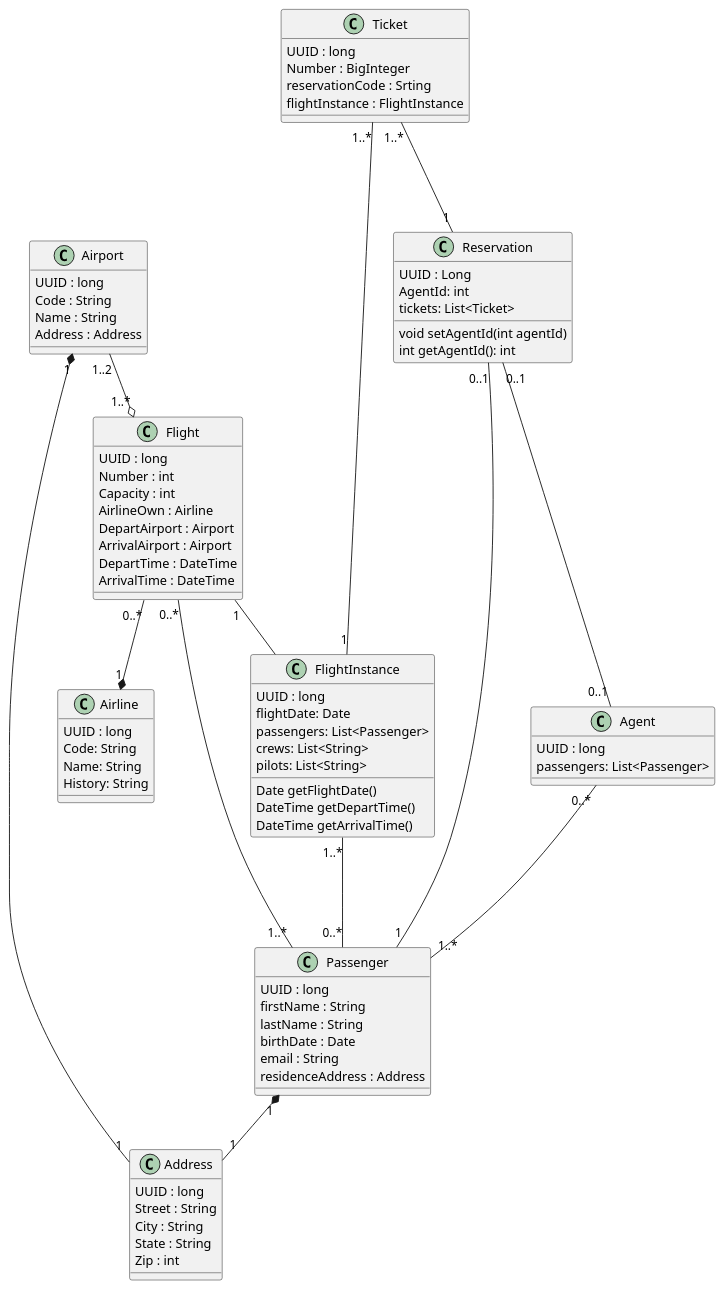
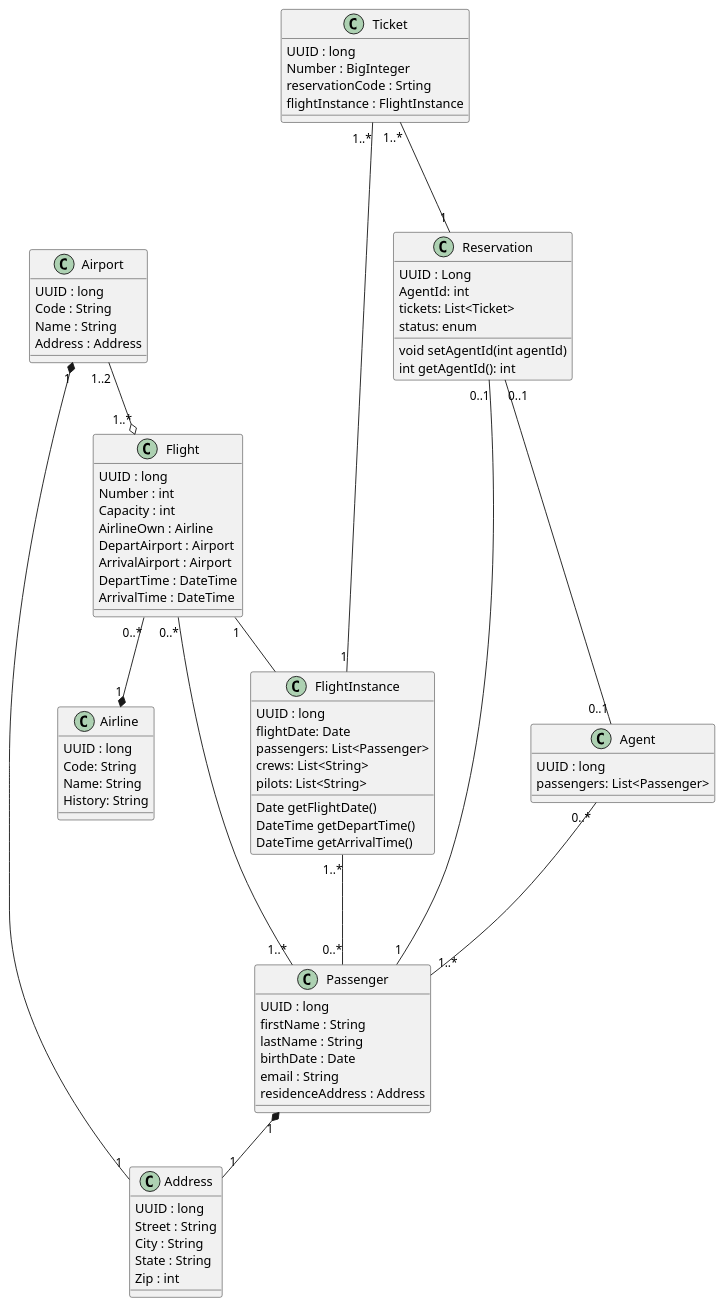
The diagram in Diagrams/Uml/Project.puml (AlperenElbasan/FlightReservationSystem), drawn with PlantUML before and after one commit. The commit also changed 5 other files, not shown here.

```diff
--- a/Diagrams/Uml/Project.puml
+++ b/Diagrams/Uml/Project.puml
@@ -1,96 +1,97 @@
 @startuml
 
 Class Airline {
     UUID : long 
     Code: String 
     Name: String
     History: String 
 }
 
 Class Airport{
     UUID : long
     Code : String
     Name : String
     Address : Address
 }
 
 Class Address{
     UUID : long
     Street : String
     City : String
     State : String
     Zip : int 
 }
 
 Class Flight{
     UUID : long
     Number : int
     Capacity : int
     AirlineOwn : Airline
     DepartAirport : Airport
     ArrivalAirport : Airport
     DepartTime : DateTime
     ArrivalTime : DateTime
 }
 
 Class FlightInstance{
     UUID : long
     flightDate: Date
     passengers: List<Passenger>
     crews: List<String>
     pilots: List<String>
     Date getFlightDate()
     DateTime getDepartTime()
     DateTime getArrivalTime()
 }
 
 '  It has an id, date, list of passengers, list of crew (flight staff), list of pilots (usually there are at least two or more)
 
 Class Passenger {
     UUID : long
     firstName : String
     lastName : String 
     birthDate : Date
     email : String
     residenceAddress : Address
 }
 
 Class Reservation {
     UUID : Long
     AgentId: int
     void setAgentId(int agentId)
     int getAgentId(): int
     tickets: List<Ticket>
+    status: enum
 }
 
 Class Agent {
     UUID : long
     passengers: List<Passenger>
 }
 
 Class Ticket {
     UUID : long
     Number : BigInteger 
     reservationCode : Srting
     flightInstance : FlightInstance
 }
 
 Airport "1" *-- "1" Address
 Flight "0..*" --* "1" Airline
 Flight "1"-- FlightInstance
 Passenger "1" *-- "1" Address
 
 Reservation "0..1" --- "1" Passenger
 Flight "0..*" --- "1..*" Passenger
 Ticket "1..*" --- "1" Reservation
 
 Ticket "1..*" --- "1" FlightInstance
 
 Agent "0..*" --- "1..*" Passenger
 Reservation "0..1" --- "0..1" Agent
 
 FlightInstance "1..*" --- "0..*" Passenger
 
 Airport "1..2" --o "1..*" Flight
 
 @enduml
```
